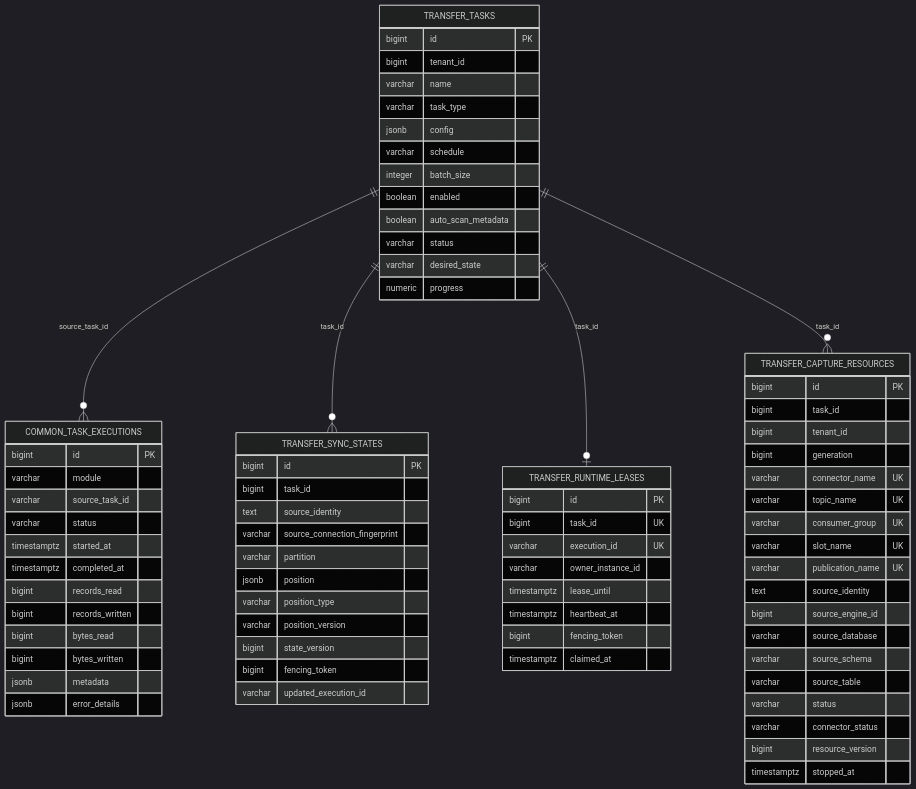
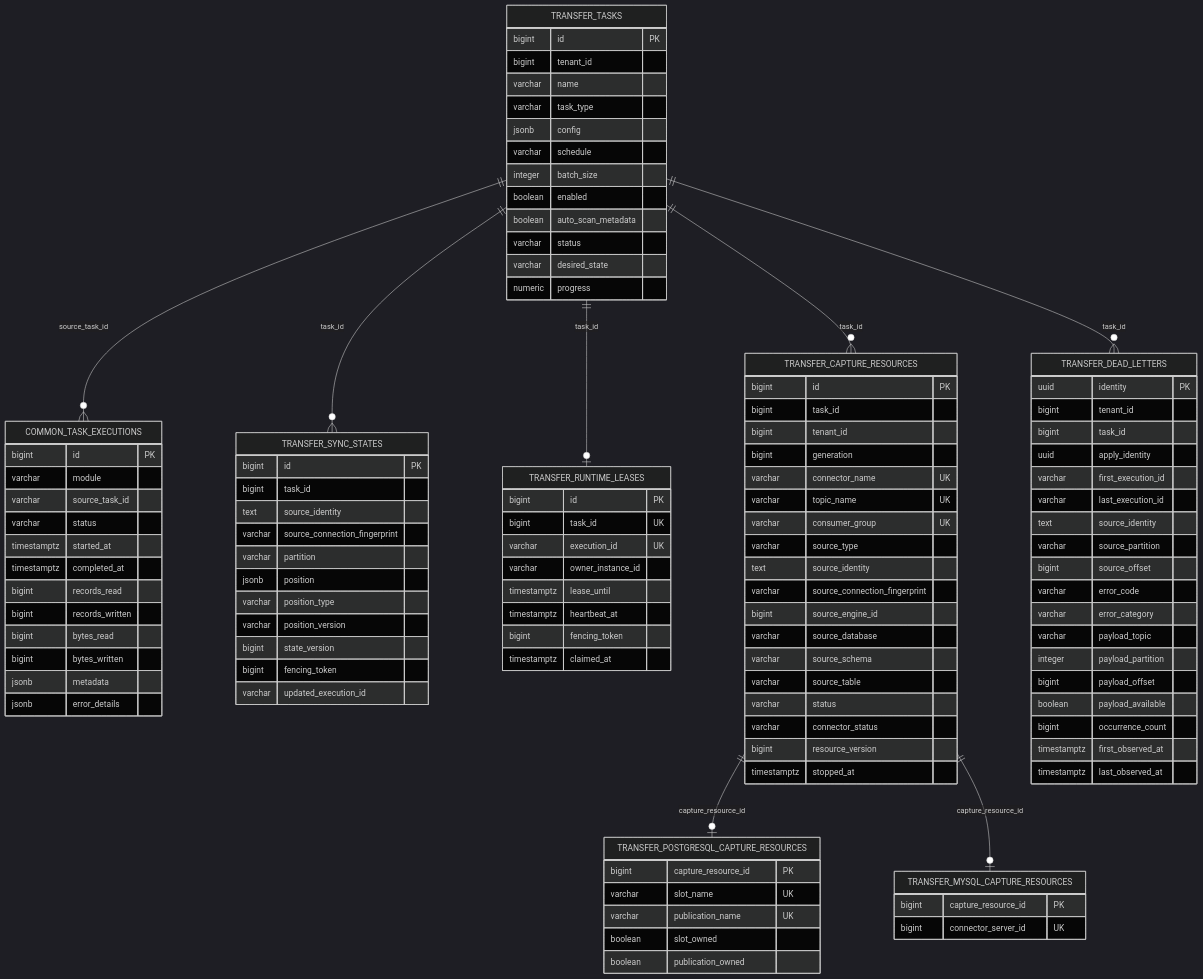
Before and after one commit to pampa0629/addp: the diagram in transfer/docs/数据库架构.md, drawn with Mermaid (dark theme). The commit also changed other lines of this file and 529 other files, not shown here.

````diff
--- a/transfer/docs/数据库架构.md
+++ b/transfer/docs/数据库架构.md
@@ -24,6 +27,9 @@
     TRANSFER_TASKS ||--o{ TRANSFER_SYNC_STATES : "task_id"
     TRANSFER_TASKS ||--o| TRANSFER_RUNTIME_LEASES : "task_id"
     TRANSFER_TASKS ||--o{ TRANSFER_CAPTURE_RESOURCES : "task_id"
+    TRANSFER_CAPTURE_RESOURCES ||--o| TRANSFER_POSTGRESQL_CAPTURE_RESOURCES : "capture_resource_id"
+    TRANSFER_CAPTURE_RESOURCES ||--o| TRANSFER_MYSQL_CAPTURE_RESOURCES : "capture_resource_id"
+    TRANSFER_TASKS ||--o{ TRANSFER_DEAD_LETTERS : "task_id"
     TRANSFER_TASKS {
         bigint id PK
         bigint tenant_id
@@ -83,9 +89,9 @@
         varchar connector_name UK
         varchar topic_name UK
         varchar consumer_group UK
-        varchar slot_name UK
-        varchar publication_name UK
+        varchar source_type
         text source_identity
+        varchar source_connection_fingerprint
         bigint source_engine_id
         varchar source_database
         varchar source_schema
@@ -95,4 +101,35 @@
         bigint resource_version
         timestamptz stopped_at
     }
+    TRANSFER_POSTGRESQL_CAPTURE_RESOURCES {
+        bigint capture_resource_id PK
+        varchar slot_name UK
+        varchar publication_name UK
+        boolean slot_owned
+        boolean publication_owned
+    }
+    TRANSFER_MYSQL_CAPTURE_RESOURCES {
+        bigint capture_resource_id PK
+        bigint connector_server_id UK
+    }
+    TRANSFER_DEAD_LETTERS {
+        uuid identity PK
+        bigint tenant_id
+        bigint task_id
+        uuid apply_identity
+        varchar first_execution_id
+        varchar last_execution_id
+        text source_identity
+        varchar source_partition
+        bigint source_offset
+        varchar error_code
+        varchar error_category
+        varchar payload_topic
+        integer payload_partition
+        bigint payload_offset
+        boolean payload_available
+        bigint occurrence_count
+        timestamptz first_observed_at
+        timestamptz last_observed_at
+    }
 ```
````
